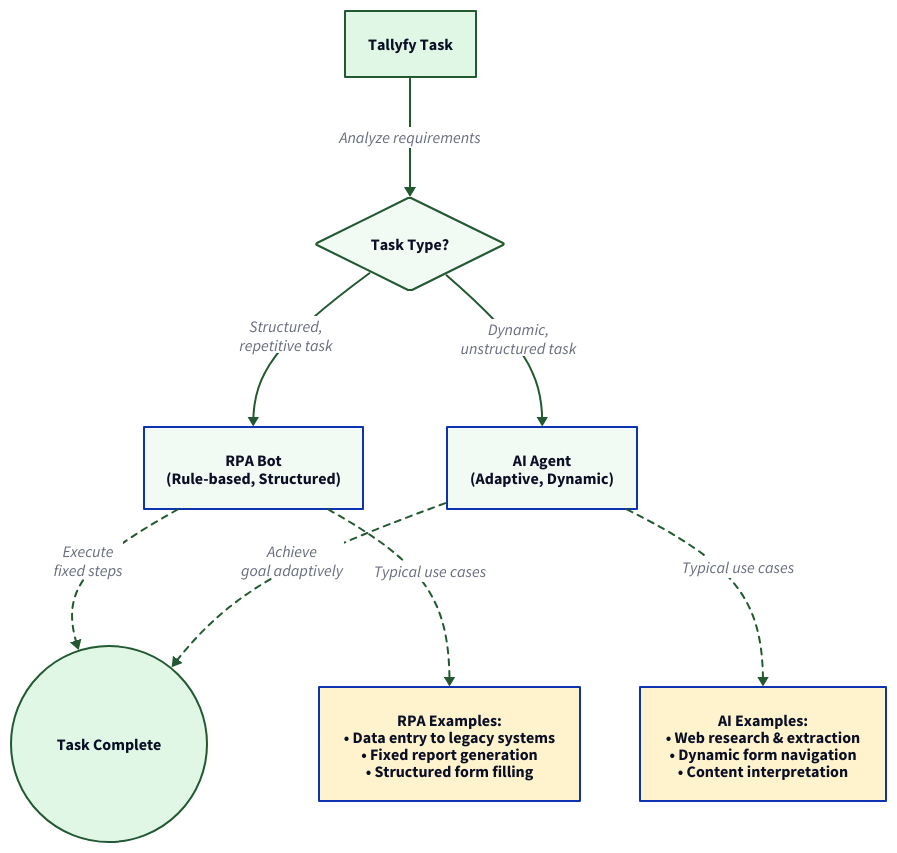
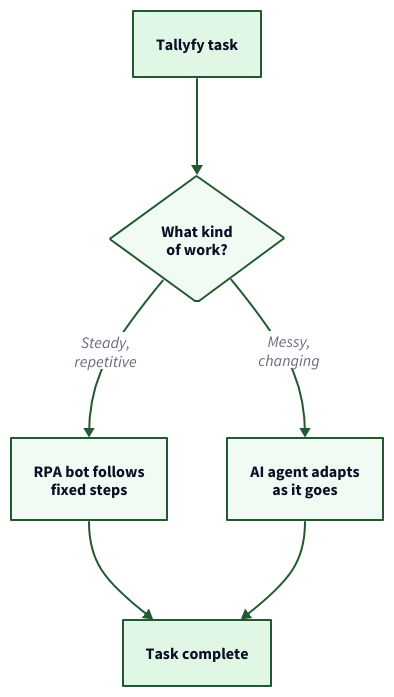
One commit to tallyfy/documentation changed the diagram in src/content/docs/pro/integrations/computer-ai-agents/rpa-vs-computer-use-agents.mdx. Above: the diagram before and after it, drawn with D2. The commit also changed other lines of this file and 12 other files, not shown here.

````diff
--- a/src/content/docs/pro/integrations/computer-ai-agents/rpa-vs-computer-use-agents.mdx
+++ b/src/content/docs/pro/integrations/computer-ai-agents/rpa-vs-computer-use-agents.mdx
@@ -20,89 +20,47 @@
 # Automation Decision Flow
 direction: down
 
-# Starting Point
-Task: Tallyfy Task {
-  shape: rectangle
+Task: "Tallyfy task" {
   style.fill: "#e1f7e6"
   style.stroke: "#225930"
   style.stroke-width: 2
 }
 
-# Decision Point
-Evaluate: Task Type? {
+Evaluate: "What kind\nof work?" {
   shape: diamond
   style.fill: "#f2faf4"
   style.stroke: "#225930"
-  style.stroke-width: 2
 }
 
-# Automation Options
-RPA: RPA Bot {
-  shape: rectangle
+RPA: "RPA bot follows\nfixed steps" {
   style.fill: "#f2faf4"
-  label: "RPA Bot\n(Rule-based, Structured)"
+  style.stroke: "#225930"
 }
 
-AI: AI Agent {
-  shape: rectangle
+AI: "AI agent adapts\nas it goes" {
   style.fill: "#f2faf4"
-  label: "AI Agent\n(Adaptive, Dynamic)"
+  style.stroke: "#225930"
 }
 
-# Completion
-Complete: Task Complete {
-  shape: circle
+Complete: "Task complete" {
   style.fill: "#e1f7e6"
   style.stroke: "#225930"
   style.stroke-width: 2
 }
 
-# Flow Paths
-Task -> Evaluate: Analyze requirements {
+Task -> Evaluate: {
   style.stroke: "#225930"
-  style.stroke-width: 2
 }
-
-Evaluate -> RPA: Structured,\nrepetitive task {
+Evaluate -> RPA: "Steady,\nrepetitive" {
   style.stroke: "#225930"
-  style.stroke-width: 2
 }
-
-Evaluate -> AI: Dynamic,\nunstructured task {
+Evaluate -> AI: "Messy,\nchanging" {
   style.stroke: "#225930"
-  style.stroke-width: 2
 }
-
-RPA -> Complete: Execute\nfixed steps {
+RPA -> Complete: {
   style.stroke: "#225930"
-  style.stroke-dash: 3
 }
-
-AI -> Complete: Achieve\ngoal adaptively {
+AI -> Complete: {
   style.stroke: "#225930"
-  style.stroke-dash: 3
-}
-
-# Examples
-RPA_Examples: Examples {
-  shape: rectangle
-  style.fill: "#fff3cd"
-  label: "RPA Examples:\n• Data entry to legacy systems\n• Fixed report generation\n• Structured form filling"
-}
-
-AI_Examples: Examples {
-  shape: rectangle
-  style.fill: "#fff3cd"
-  label: "AI Examples:\n• Web research & extraction\n• Dynamic form navigation\n• Content interpretation"
-}
-
-RPA -> RPA_Examples: Typical use cases {
-  style.stroke: "#225930"
-  style.stroke-dash: 3
-}
-
-AI -> AI_Examples: Typical use cases {
-  style.stroke: "#225930"
-  style.stroke-dash: 3
 }
 ```
````
